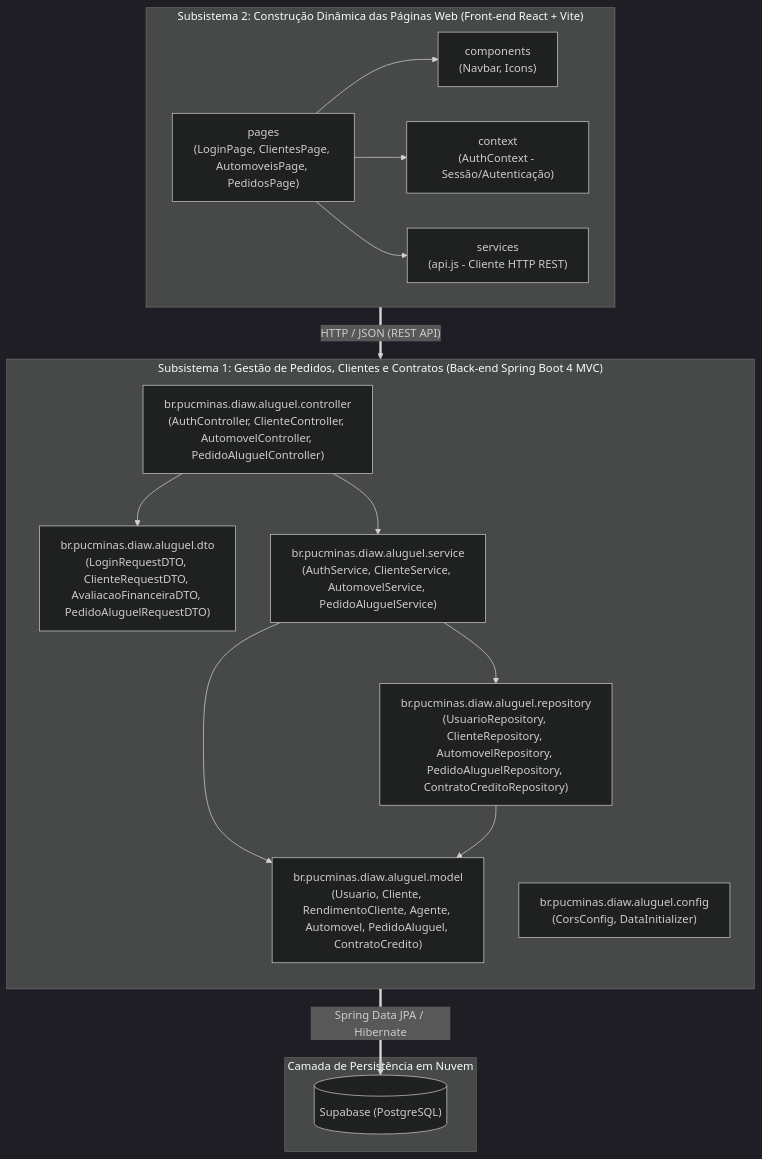
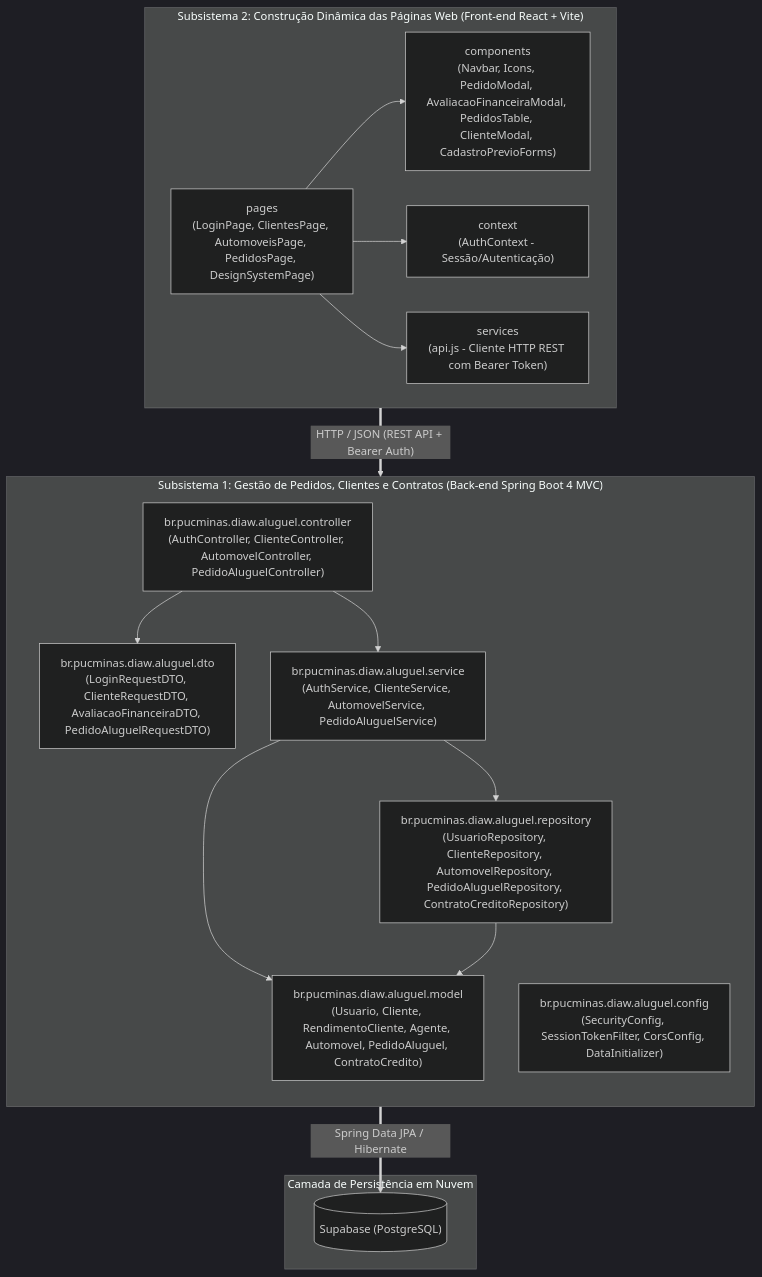
Before and after one commit to rafaelgantunes/Crud-Aluguel-de-Carros: the fourth of 4 diagrams in README.md, drawn with Mermaid (dark theme). The commit also changed other lines of this file, not shown here.

````diff
--- a/README.md
+++ b/README.md
@@ -325,36 +352,36 @@
 ```mermaid
 flowchart TB
     subgraph SubsistemaWeb["Subsistema 2: Construção Dinâmica das Páginas Web (Front-end React + Vite)"]
         direction LR
-        Pages["pages\n(LoginPage, ClientesPage, AutomoveisPage, PedidosPage)"]
-        Components["components\n(Navbar, Icons)"]
-        ServicesFE["services\n(api.js - Cliente HTTP REST)"]
+        Pages["pages\n(LoginPage, ClientesPage, AutomoveisPage, PedidosPage, DesignSystemPage)"]
+        Components["components\n(Navbar, Icons, PedidoModal, AvaliacaoFinanceiraModal, PedidosTable, ClienteModal, CadastroPrevioForms)"]
+        ServicesFE["services\n(api.js - Cliente HTTP REST com Bearer Token)"]
         ContextFE["context\n(AuthContext - Sessão/Autenticação)"]
         Pages --> Components
         Pages --> ContextFE
         Pages --> ServicesFE
     end
 
     subgraph SubsistemaGestao["Subsistema 1: Gestão de Pedidos, Clientes e Contratos (Back-end Spring Boot 4 MVC)"]
         direction TB
         Controller["br.pucminas.diaw.aluguel.controller\n(AuthController, ClienteController, AutomovelController, PedidoAluguelController)"]
         DTO["br.pucminas.diaw.aluguel.dto\n(LoginRequestDTO, ClienteRequestDTO, AvaliacaoFinanceiraDTO, PedidoAluguelRequestDTO)"]
         Service["br.pucminas.diaw.aluguel.service\n(AuthService, ClienteService, AutomovelService, PedidoAluguelService)"]
         Repository["br.pucminas.diaw.aluguel.repository\n(UsuarioRepository, ClienteRepository, AutomovelRepository, PedidoAluguelRepository, ContratoCreditoRepository)"]
         Model["br.pucminas.diaw.aluguel.model\n(Usuario, Cliente, RendimentoCliente, Agente, Automovel, PedidoAluguel, ContratoCredito)"]
-        Config["br.pucminas.diaw.aluguel.config\n(CorsConfig, DataInitializer)"]
+        Config["br.pucminas.diaw.aluguel.config\n(SecurityConfig, SessionTokenFilter, CorsConfig, DataInitializer)"]
 
         Controller --> DTO
         Controller --> Service
         Service --> Repository
         Service --> Model
         Repository --> Model
     end
 
     subgraph Persistencia["Camada de Persistência em Nuvem"]
         Supabase[("Supabase (PostgreSQL)")]
     end
 
-    ServicesFE ==>|"HTTP / JSON (REST API)"| Controller
+    ServicesFE ==>|"HTTP / JSON (REST API + Bearer Auth)"| Controller
     Repository ==>|"Spring Data JPA / Hibernate"| Supabase
 ```
````
